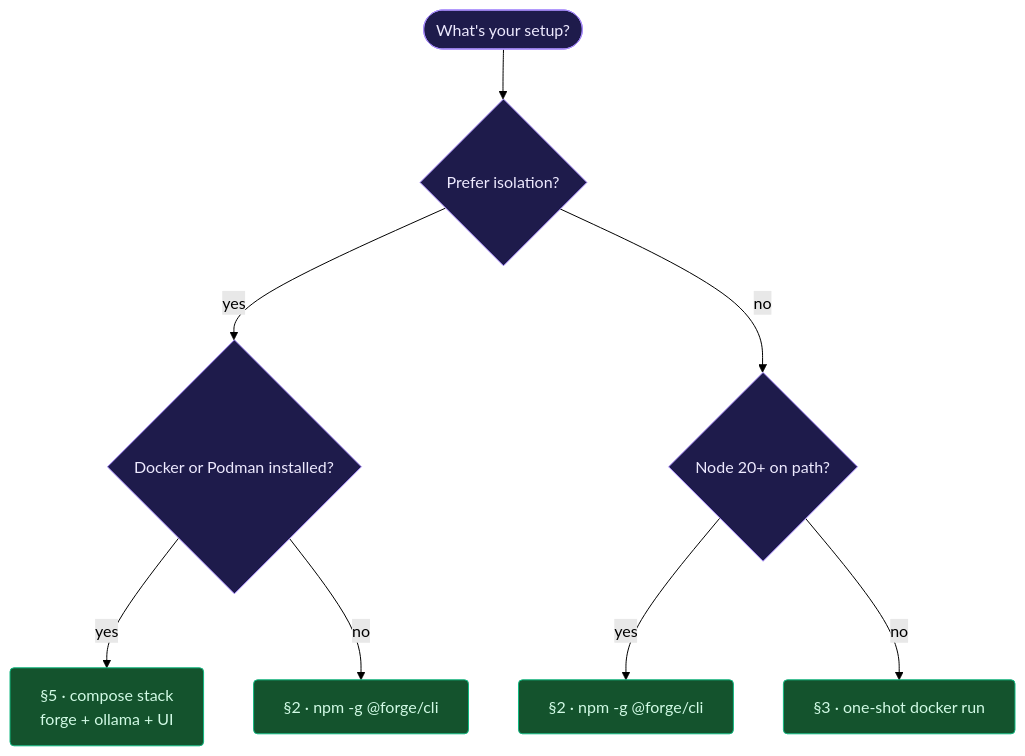
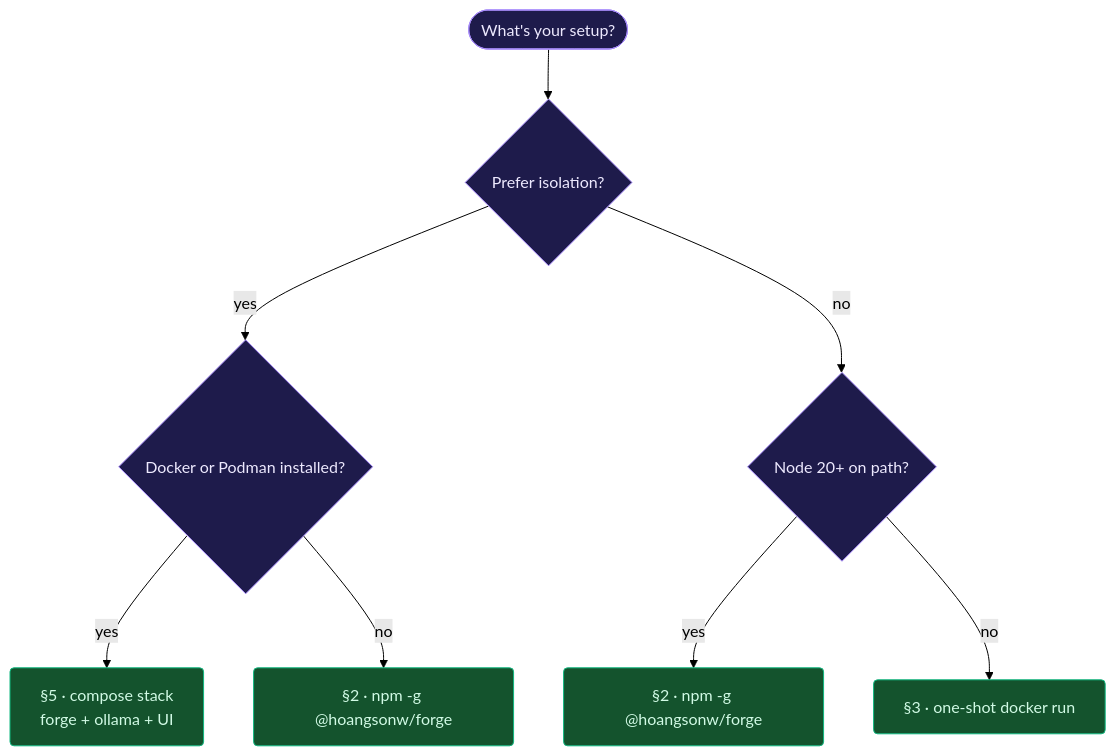
One commit to hoangsonww/Forge-Agentic-Coding-CLI changed the first of 5 diagrams in docs/INSTALL.md. Above: the diagram before and after it, drawn with Mermaid (forest theme). The commit also changed other lines of this file and 9 other files, not shown here.

First line of the commit message:
rename package to @hoangsonw/forge and point URLs at hoangsonw/Forge-Agentic-Coding-CLI

````diff
--- a/docs/INSTALL.md
+++ b/docs/INSTALL.md
@@ -23,14 +23,14 @@
 ```mermaid
 flowchart TD
   classDef q fill:#1e1b4b,stroke:#a78bfa,color:#ede9fe,rx:4,ry:4
   classDef r fill:#14532d,stroke:#10b981,color:#d1fae5,rx:4,ry:4
 
   START([What's your setup?]):::q
   START --> Q1{Prefer isolation?}:::q
   Q1 -->|yes| Q2{Docker or Podman installed?}:::q
   Q2 -->|yes| COMPOSE["§5 · compose stack<br/>forge + ollama + UI"]:::r
-  Q2 -->|no| NPM1["§2 · npm -g @forge/cli"]:::r
+  Q2 -->|no| NPM1["§2 · npm -g @hoangsonw/forge"]:::r
   Q1 -->|no| Q3{Node 20+ on path?}:::q
-  Q3 -->|yes| NPM2["§2 · npm -g @forge/cli"]:::r
+  Q3 -->|yes| NPM2["§2 · npm -g @hoangsonw/forge"]:::r
   Q3 -->|no| DOCK["§3 · one-shot docker run"]:::r
 ```
````
